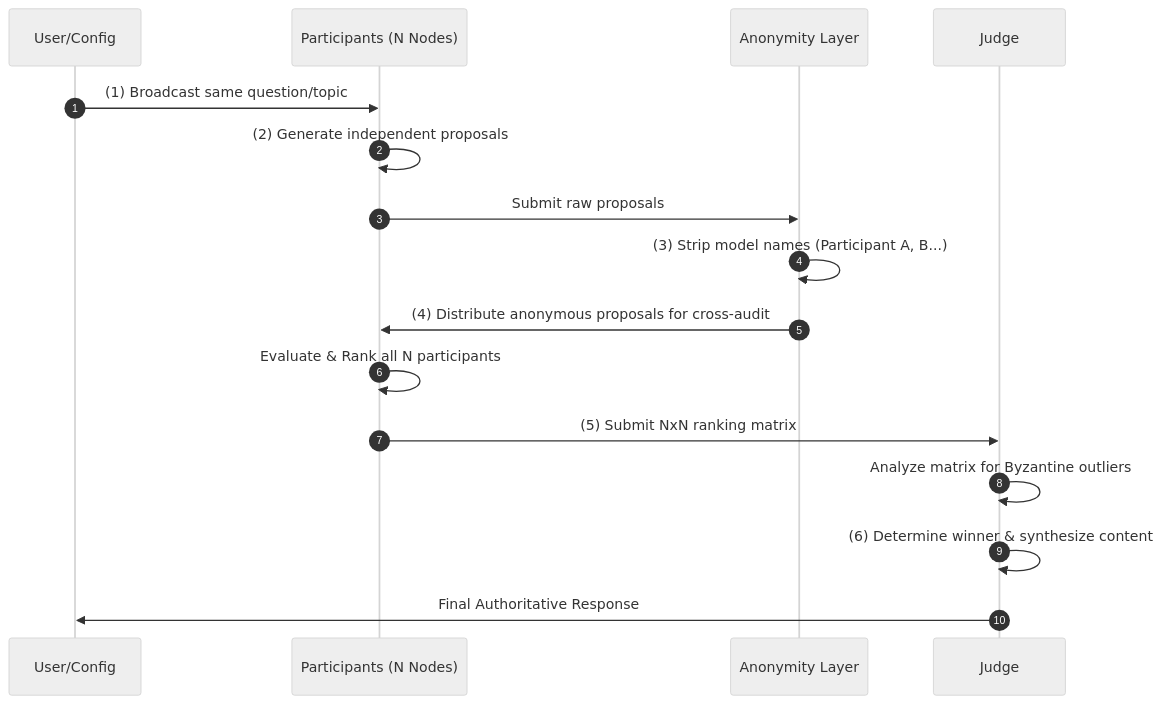
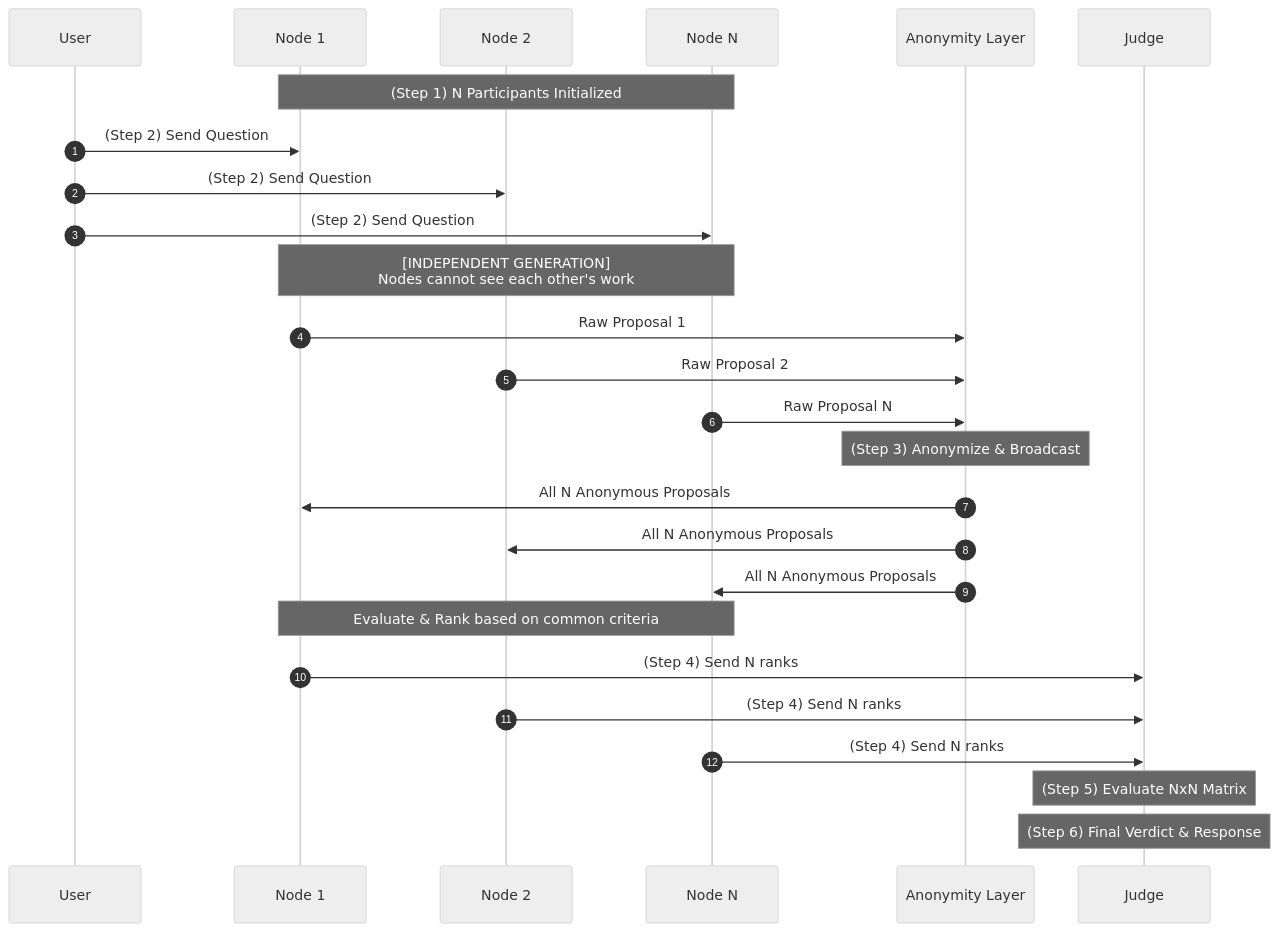
Before and after one commit to csv610/ByzantineLLM: the first of 2 diagrams in README.md, drawn with Mermaid (neutral theme). The commit also changed other lines of this file and 1 other file, not shown here.

Commit message:
docs: refine Mermaid diagrams to emphasize independent generation and 6-step workflow

````diff
--- a/README.md
+++ b/README.md
@@ -11,19 +11,36 @@
 ```mermaid
 sequenceDiagram
     autonumber
-    participant U as User/Config
-    participant N as Participants (N Nodes)
+    participant U as User
+    participant N1 as Node 1
+    participant N2 as Node 2
+    participant Ni as Node N
     participant A as Anonymity Layer
     participant J as Judge
 
-    U->>N: (1) Broadcast same question/topic
-    N->>N: (2) Generate independent proposals
-    N->>A: Submit raw proposals
-    A->>A: (3) Strip model names (Participant A, B...)
-    A->>N: (4) Distribute anonymous proposals for cross-audit
-    N->>N: Evaluate & Rank all N participants
-    N->>J: (5) Submit NxN ranking matrix
-    J->>J: Analyze matrix for Byzantine outliers
-    J->>J: (6) Determine winner & synthesize content
-    J->>U: Final Authoritative Response
+    Note over N1,Ni: (Step 1) N Participants Initialized
+    
+    U->>N1: (Step 2) Send Question
+    U->>N2: (Step 2) Send Question
+    U->>Ni: (Step 2) Send Question
+    
+    Note over N1,Ni: [INDEPENDENT GENERATION]<br/>Nodes cannot see each other's work
+    
+    N1->>A: Raw Proposal 1
+    N2->>A: Raw Proposal 2
+    Ni->>A: Raw Proposal N
+    
+    Note over A: (Step 3) Anonymize & Broadcast
+    A->>N1: All N Anonymous Proposals
+    A->>N2: All N Anonymous Proposals
+    A->>Ni: All N Anonymous Proposals
+    
+    Note over N1,Ni: Evaluate & Rank based on common criteria
+    
+    N1->>J: (Step 4) Send N ranks
+    N2->>J: (Step 4) Send N ranks
+    Ni->>J: (Step 4) Send N ranks
+    
+    Note over J: (Step 5) Evaluate NxN Matrix
+    Note over J: (Step 6) Final Verdict & Response
 ```
````
